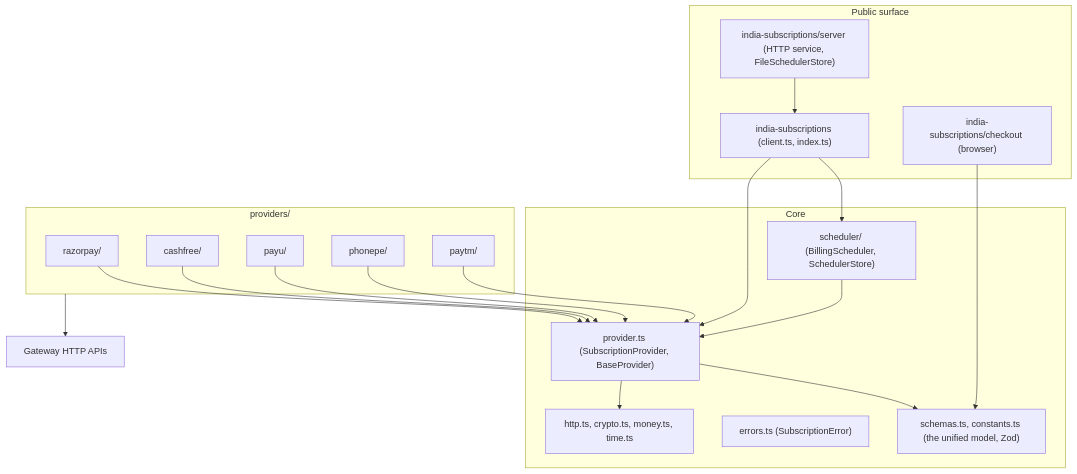
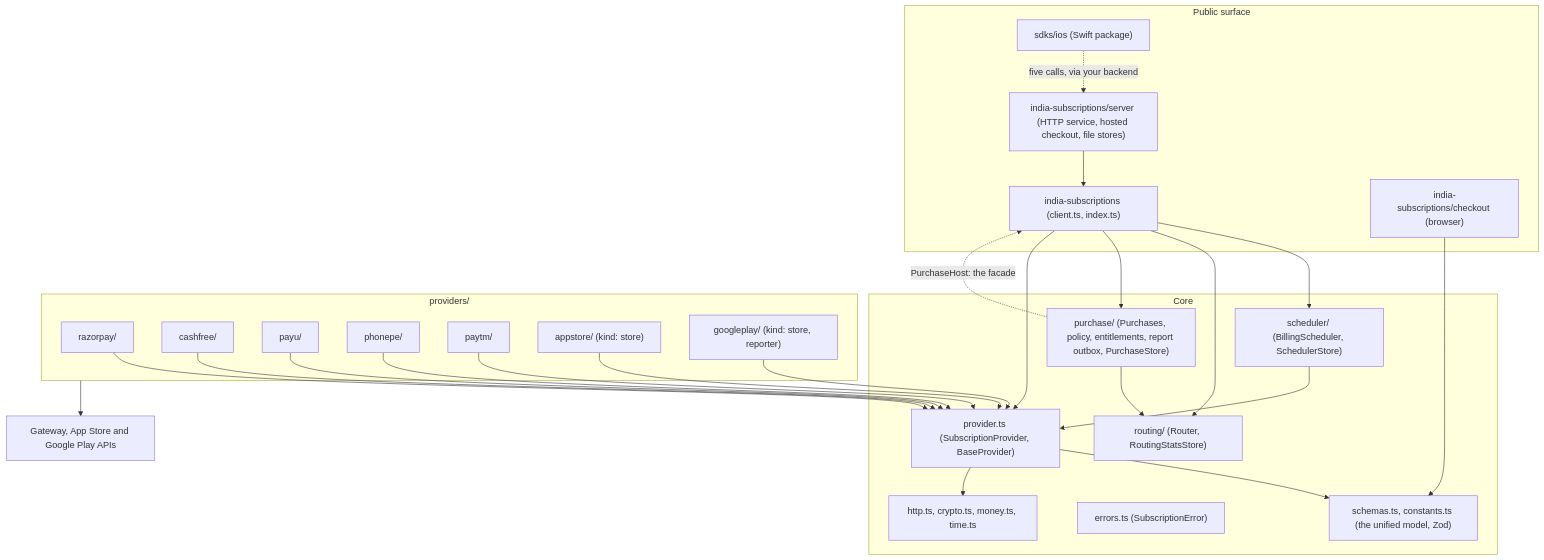
Before and after one commit to arjun-vegeta/india-subscriptions: the diagram in docs/contributing/architecture.md, drawn with Mermaid. The commit also changed other lines of this file and 19 other files, not shown here.

First line of the commit message:
Update the existing pages, navigation and tests for payments, routing and stores

````diff
--- a/docs/contributing/architecture.md
+++ b/docs/contributing/architecture.md
@@ -7,35 +7,47 @@
 ```mermaid
 flowchart TB
   subgraph Public["Public surface"]
     Main["india-subscriptions (client.ts, index.ts)"]
-    Server["india-subscriptions/server (HTTP service, FileSchedulerStore)"]
+    Server["india-subscriptions/server (HTTP service, hosted checkout, file stores)"]
     Checkout["india-subscriptions/checkout (browser)"]
+    SDK["sdks/ios (Swift package)"]
   end
   subgraph Core["Core"]
     Schemas["schemas.ts, constants.ts (the unified model, Zod)"]
     Errors["errors.ts (SubscriptionError)"]
     Sched["scheduler/ (BillingScheduler, SchedulerStore)"]
+    Routing["routing/ (Router, RoutingStatsStore)"]
+    Purchase["purchase/ (Purchases, policy, entitlements, report outbox, PurchaseStore)"]
     Provider["provider.ts (SubscriptionProvider, BaseProvider)"]
     Http["http.ts, crypto.ts, money.ts, time.ts"]
   end
   subgraph Adapters["providers/"]
     RZP["razorpay/"]
     CF["cashfree/"]
     PU["payu/"]
     PP["phonepe/"]
     PT["paytm/"]
+    AS["appstore/ (kind: store)"]
+    GP["googleplay/ (kind: store, reporter)"]
   end
   Main --> Sched
+  Main --> Routing
+  Main --> Purchase
   Main --> Provider
   Server --> Main
+  SDK -. "five calls, via your backend" .-> Server
   Checkout --> Schemas
   Sched --> Provider
+  Purchase --> Routing
+  Purchase -. "PurchaseHost: the facade" .-> Main
   Provider --> Schemas
   Provider --> Http
   RZP --> Provider
   CF --> Provider
   PU --> Provider
   PP --> Provider
   PT --> Provider
-  Adapters --> Gateways["Gateway HTTP APIs"]
+  AS --> Provider
+  GP --> Provider
+  Adapters --> Gateways["Gateway, App Store and Google Play APIs"]
 ```
````
